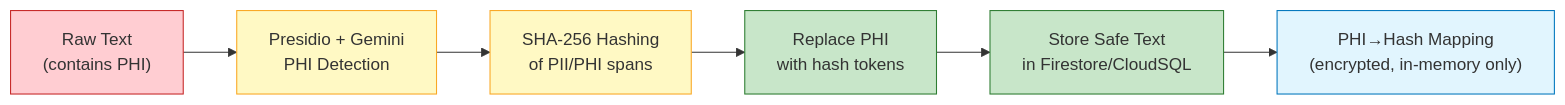
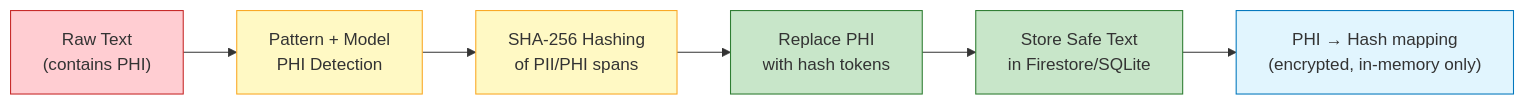
Before and after one commit to sodiq-code/denialdefender: the third of 4 diagrams in infra/gcp/architecture-diagram.md, drawn with Mermaid. The commit also changed other lines of this file and 101 other files, not shown here.

First line of the commit message:
Merge pipeline fixes + README updates (GCP-only Getting Started, service links, architecture diagram)

````diff
--- a/infra/gcp/architecture-diagram.md
+++ b/infra/gcp/architecture-diagram.md
@@ -159,15 +159,15 @@
 ```mermaid
 flowchart LR
-    INPUT["Raw Text<br/>(contains PHI)"] --> DETECT["Presidio + Gemini<br/>PHI Detection"]
+    INPUT["Raw Text<br/>(contains PHI)"] --> DETECT["Pattern + Model<br/>PHI Detection"]
     DETECT --> HASH["SHA-256 Hashing<br/>of PII/PHI spans"]
     HASH --> REPLACE["Replace PHI<br/>with hash tokens"]
-    REPLACE --> STORE["Store Safe Text<br/>in Firestore/CloudSQL"]
-    STORE --> MAP["PHI→Hash Mapping<br/>(encrypted, in-memory only)"]
+    REPLACE --> STORE["Store Safe Text<br/>in Firestore/SQLite"]
+    STORE --> MAP["PHI → Hash mapping<br/>(encrypted, in-memory only)"]
 
     style INPUT fill:#ffcdd2,stroke:#c62828
     style DETECT fill:#fff9c4,stroke:#f9a825
     style HASH fill:#fff9c4,stroke:#f9a825
     style REPLACE fill:#c8e6c9,stroke:#2e7d32
     style STORE fill:#c8e6c9,stroke:#2e7d32
     style MAP fill:#e1f5fe,stroke:#0277bd
 ```
````
